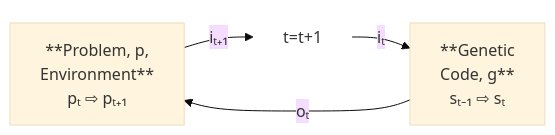
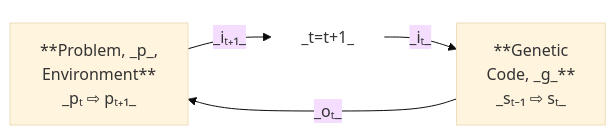
Before and after one commit to Shapedsundew9/erasmus-gp: the diagram in docs/overview.md, drawn with Mermaid (base theme). The commit also changed other lines of this file, not shown here.

Commit message:
No code changes made; empty commit.

````diff
--- a/docs/overview.md
+++ b/docs/overview.md
@@ -7,18 +7,18 @@
 ```mermaid
 flowchart LR
 
-    p[**Problem, p,
+    p[**Problem, _p_,
     Environment**
-    pₜ ⇨ pₜ₊₁]
+    _pₜ ⇨ pₜ₊₁_]
 
     gc[**Genetic
-    Code, g**
-    sₜ₋₁ ⇨ sₜ]
+    Code, _g_**
+    _sₜ₋₁ ⇨ sₜ_]
 
-    t[t=t+1]:::noborder
+    t[_t=t+1_]:::noborder
     
-    p --"iₜ₊₁"--> t --"iₜ"--> gc 
-    gc --"oₜ"--> p
+    p --"_iₜ₊₁_"--> t --"_iₜ_"--> gc 
+    gc --"_oₜ_"--> p
 
     classDef noborder fill:none,stroke:none;
 ```
````
